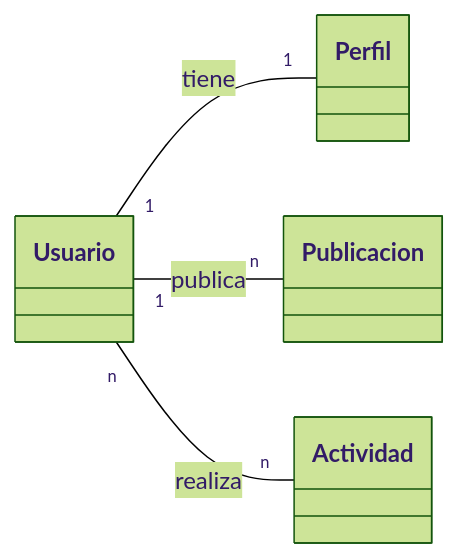
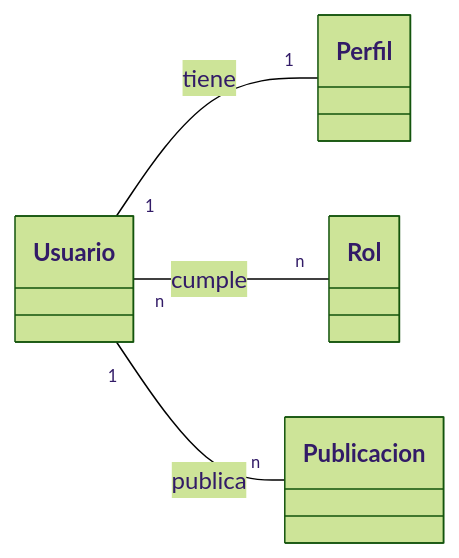
The first of 5 diagrams in migrations.md (eormeno/dbacki_2024), drawn with Mermaid (forest theme) before and after one commit. The commit also changed other lines of this file, not shown here.

````diff
--- a/migrations.md
+++ b/migrations.md
@@ -72,15 +71,15 @@
 ```mermaid
 classDiagram
     direction LR
     class Usuario {
     }
     class Publicacion {
     }
     class Perfil {
     }
-    class Actividad {
+    class Rol {
     }
     Usuario "1" -- "1" Perfil : tiene
+    Usuario "n" -- "n" Rol : cumple
     Usuario "1" -- "n" Publicacion : publica
-    Usuario "n" -- "n" Actividad : realiza
 ```
````
